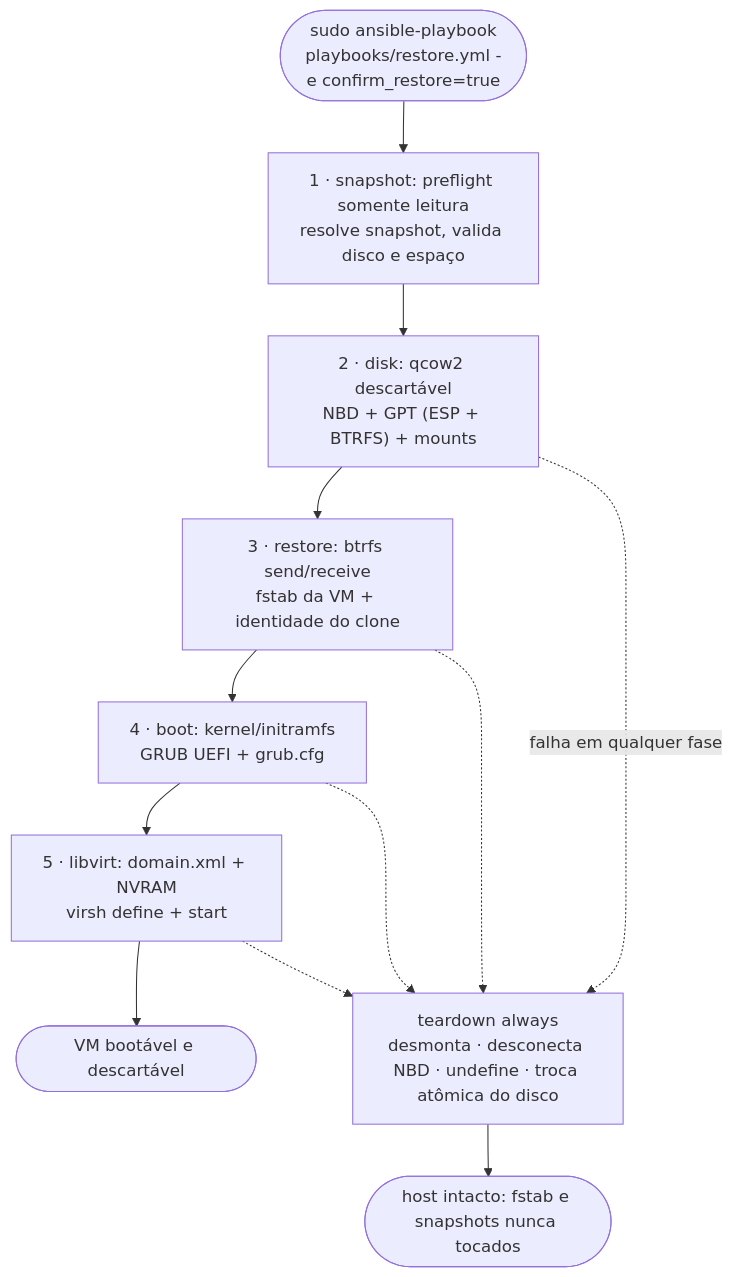
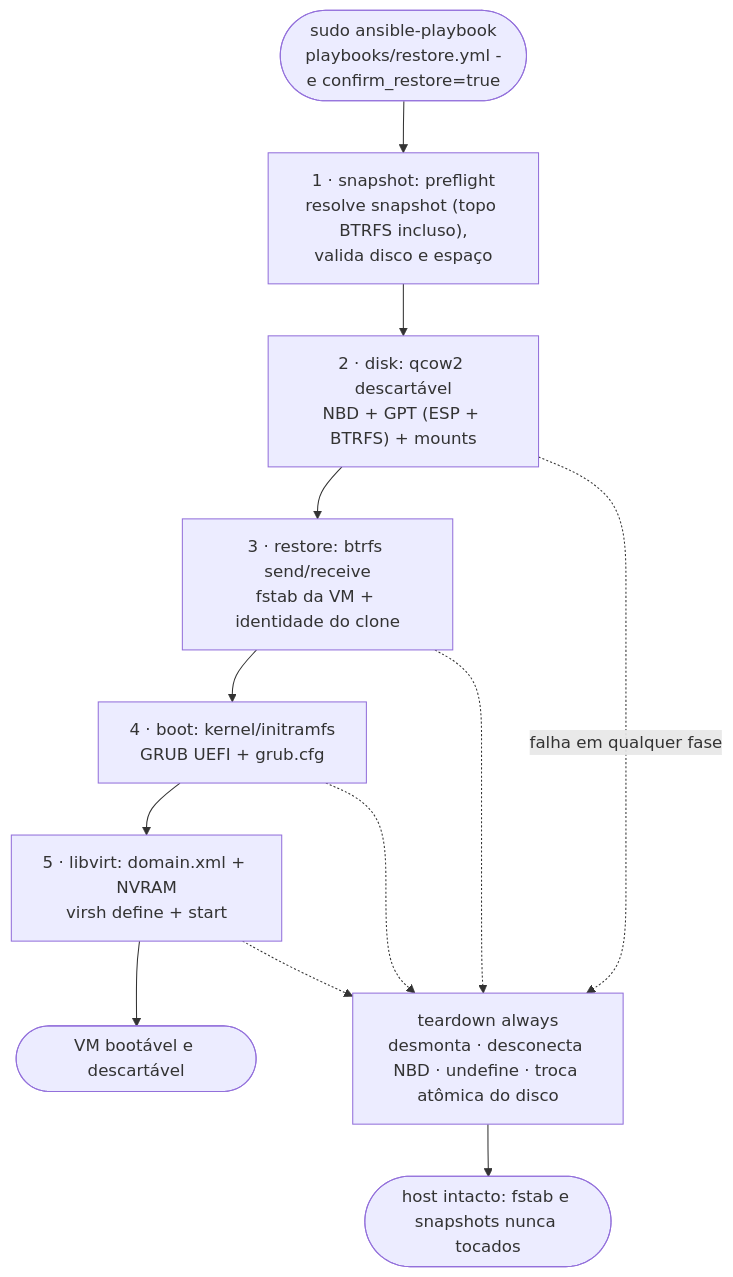
The first of 2 diagrams in docs/USAGE.md (fabianoflorentino/arch-timeshift-vm), drawn with Mermaid before and after one commit. The commit also changed other lines of this file and 23 other files, not shown here.

````diff
--- a/docs/USAGE.md
+++ b/docs/USAGE.md
@@ -40,14 +176,14 @@
 ```mermaid
 flowchart TD
     Start(["sudo ansible-playbook<br/>playbooks/restore.yml -e confirm_restore=true"]) --> Pre
-    Pre["1 · snapshot: preflight somente leitura<br/>resolve snapshot, valida disco e espaço"] --> Disk
+    Pre["1 · snapshot: preflight<br/>resolve snapshot (topo BTRFS incluso),<br/>valida disco e espaço"] --> Disk
     Disk["2 · disk: qcow2 descartável<br/>NBD + GPT (ESP + BTRFS) + mounts"] --> Rst
     Rst["3 · restore: btrfs send/receive<br/>fstab da VM + identidade do clone"] --> Boot
     Boot["4 · boot: kernel/initramfs<br/>GRUB UEFI + grub.cfg"] --> Lib
     Lib["5 · libvirt: domain.xml + NVRAM<br/>virsh define + start"] --> VM(["VM bootável e descartável"])
     Disk -. "falha em qualquer fase" .-> Cleanup
     Rst -.-> Cleanup
     Boot -.-> Cleanup
     Lib -.-> Cleanup
     Cleanup["teardown always<br/>desmonta · desconecta NBD · undefine · troca atômica do disco"] --> Safe(["host intacto: fstab e snapshots nunca tocados"])
 ```
````
